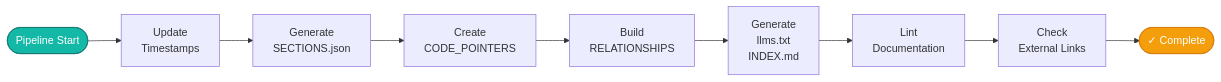
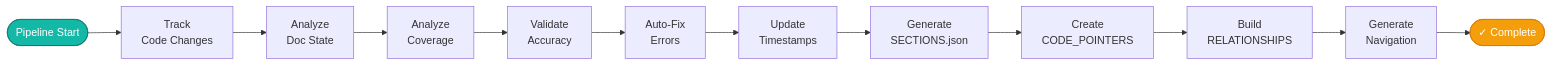
Before and after one commit to justfinethanku/ultra-doc: the ninth of 10 diagrams in README.md, drawn with Mermaid. The commit also changed other lines of this file, not shown here.

````diff
--- a/README.md
+++ b/README.md
@@ -502,14 +820,17 @@
 ```mermaid
 graph LR
-    Start([Pipeline Start]) --> TS[Update<br/>Timestamps]
-    TS --> SECT[Generate<br/>SECTIONS.json]
-    SECT --> CODE[Create<br/>CODE_POINTERS]
-    CODE --> REL[Build<br/>RELATIONSHIPS]
-    REL --> INDEX[Generate<br/>llms.txt<br/>INDEX.md]
-    INDEX --> LINT[Lint<br/>Documentation]
-    LINT --> LINKS[Check<br/>External Links]
-    LINKS --> Done([✓ Complete])
+    Start([Pipeline Start]) --> Track[Track<br/>Code Changes]
+    Track --> State[Analyze<br/>Doc State]
+    State --> Coverage[Analyze<br/>Coverage]
+    Coverage --> Validate[Validate<br/>Accuracy]
+    Validate --> Fix[Auto-Fix<br/>Errors]
+    Fix --> Update[Update<br/>Timestamps]
+    Update --> Sections[Generate<br/>SECTIONS.json]
+    Sections --> Pointers[Create<br/>CODE_POINTERS]
+    Pointers --> Relations[Build<br/>RELATIONSHIPS]
+    Relations --> Index[Generate<br/>Navigation]
+    Index --> Done([✓ Complete])
 
     style Start fill:#14b8a6,stroke:#0f766e,color:#fff
     style Done fill:#f59e0b,stroke:#d97706,color:#fff
 ```
````
